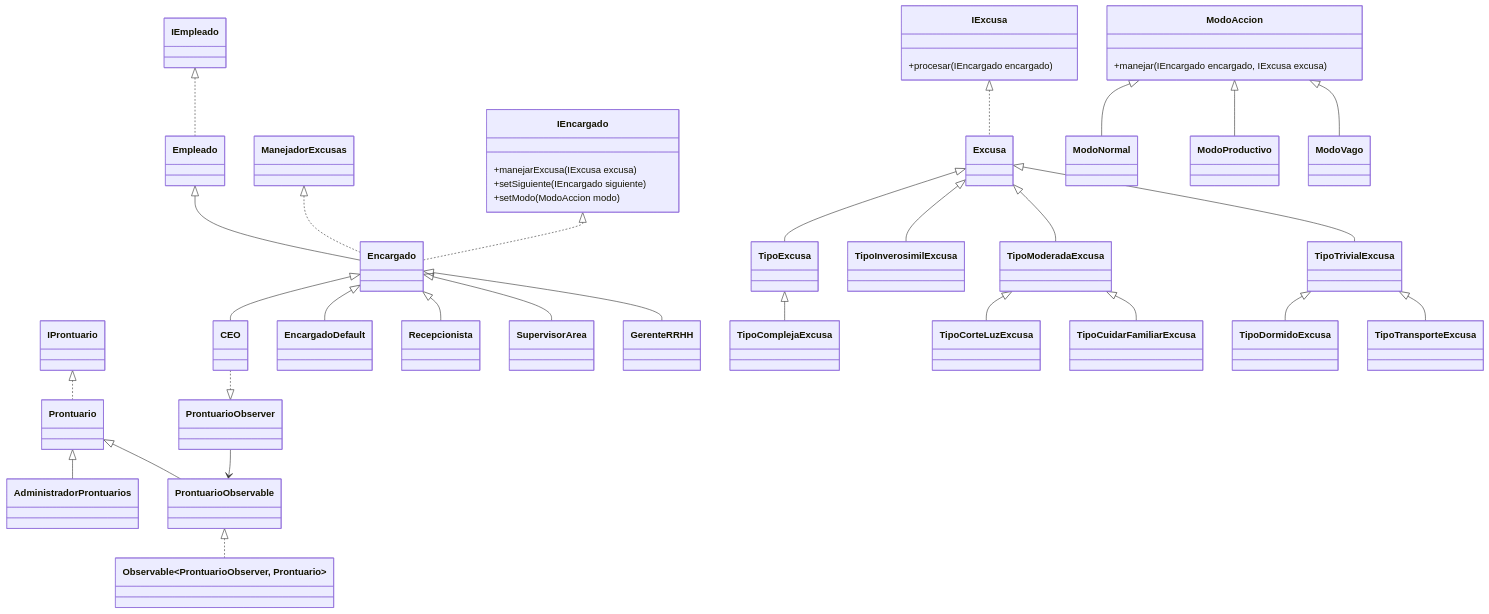
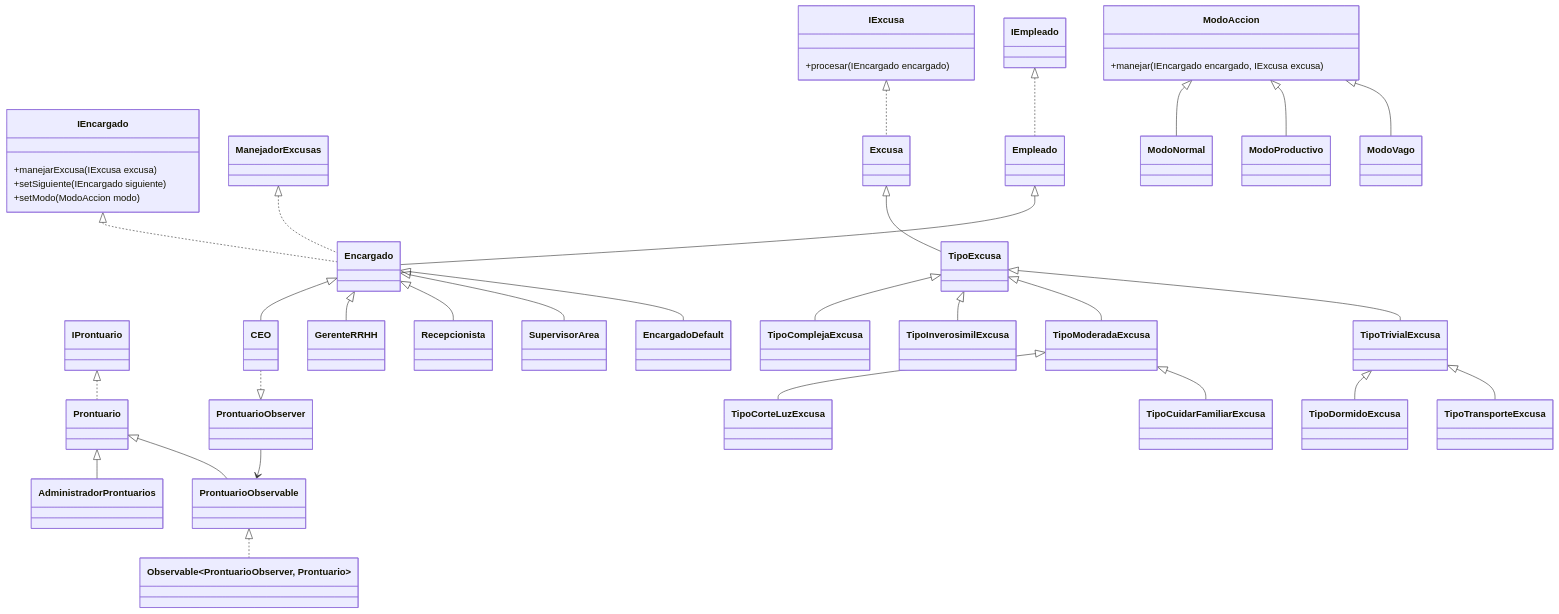
One commit to SantiFalcon59/DisenoSistemas changed the diagram in README.md. Above: the diagram before and after it, drawn with Mermaid.

Commit message:
update excusas 2

```diff
--- a/README.md
+++ b/README.md
@@ -101,9 +101,9 @@
 
 	Excusa <|-- TipoExcusa
     TipoExcusa <|-- TipoComplejaExcusa
-    Excusa <|-- TipoInverosimilExcusa
-    Excusa <|-- TipoModeradaExcusa
-    Excusa <|-- TipoTrivialExcusa
+    TipoExcusa <|-- TipoInverosimilExcusa
+    TipoExcusa <|-- TipoModeradaExcusa
+    TipoExcusa <|-- TipoTrivialExcusa
 
     TipoTrivialExcusa <|-- TipoDormidoExcusa
     TipoTrivialExcusa <|-- TipoTransporteExcusa
```
